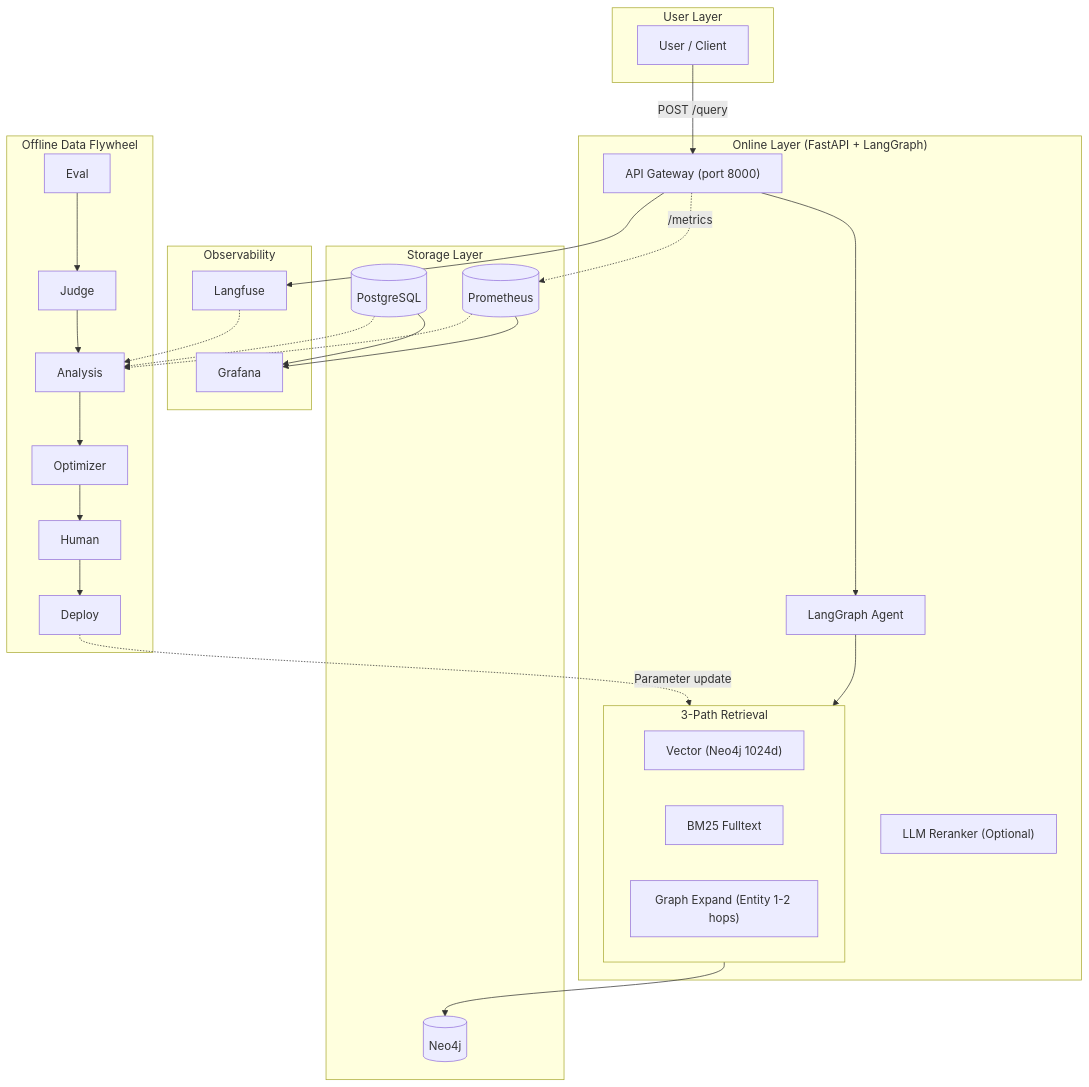
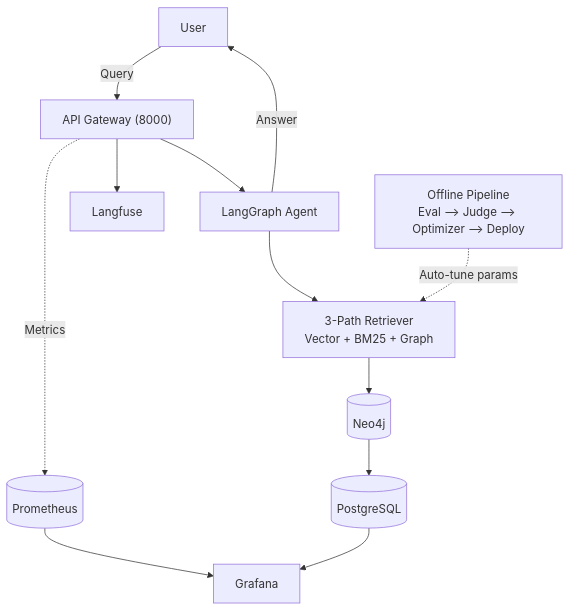
One commit to kanchengw/NexusGraph changed the first of 6 diagrams in README.md. Above: the diagram before and after it, drawn with Mermaid. The commit also changed other lines of this file and 4 other files, not shown here.

Commit message:
feat: Streamlit UI, LLM answer generation in /query, fix missing prompt files, source_docs in response

````diff
--- a/README.md
+++ b/README.md
@@ -13,44 +13,17 @@
 ```mermaid
 graph TB
-    subgraph User["User Layer"]
-        U[User / Client]
-    end
+    U[User] -->|Query| API["API Gateway (8000)"]
+    API --> Agent["LangGraph Agent"]
+    Agent --> Ret["3-Path Retriever<br/>Vector + BM25 + Graph"]
+    Ret --> Neo4j[("Neo4j")]
+    Agent -->|Answer| U
 
-    subgraph Online["Online Layer (FastAPI + LangGraph)"]
-        GW["API Gateway (port 8000)"]
-        A[LangGraph Agent]
-        subgraph Query["3-Path Retrieval"]
-            V["Vector (Neo4j 1024d)"]
-            BM25["BM25 Fulltext"]
-            G["Graph Expand (Entity 1-2 hops)"]
-        end
-        RR["LLM Reranker (Optional)"]
-    end
+    API -.->|Metrics| Prom[("Prometheus")]
+    API --> Trace[Langfuse]
 
-    subgraph Storage["Storage Layer"]
-        NEO[("Neo4j")]
-        PG[("PostgreSQL")]
-        PROM[("Prometheus")]
-    end
+    Neo4j --> PG[("PostgreSQL")]
+    Prom --> Dash[Grafana]
+    PG --> Dash
 
-    subgraph Observability["Observability"]
-        LF[Langfuse]
-        GRAF[Grafana]
-    end
-
-    U -->|"POST /query"| GW
-    GW --> A --> Query --> NEO
-    GW -.->|/metrics| PROM
-    GW --> LF
-    PROM --> GRAF
-    PG --> GRAF
-
-    subgraph Offline["Offline Data Flywheel"]
-        Eval --> Judge --> Analysis --> Optimizer --> Human --> Deploy
-    end
-
-    Deploy -.->|Parameter update| Query
-    PG -.-> Analysis
-    PROM -.-> Analysis
-    LF -.-> Analysis
+    Offline["Offline Pipeline<br/>Eval --> Judge --> Optimizer --> Deploy"] -.->|Auto-tune params| Ret
 ```
````
